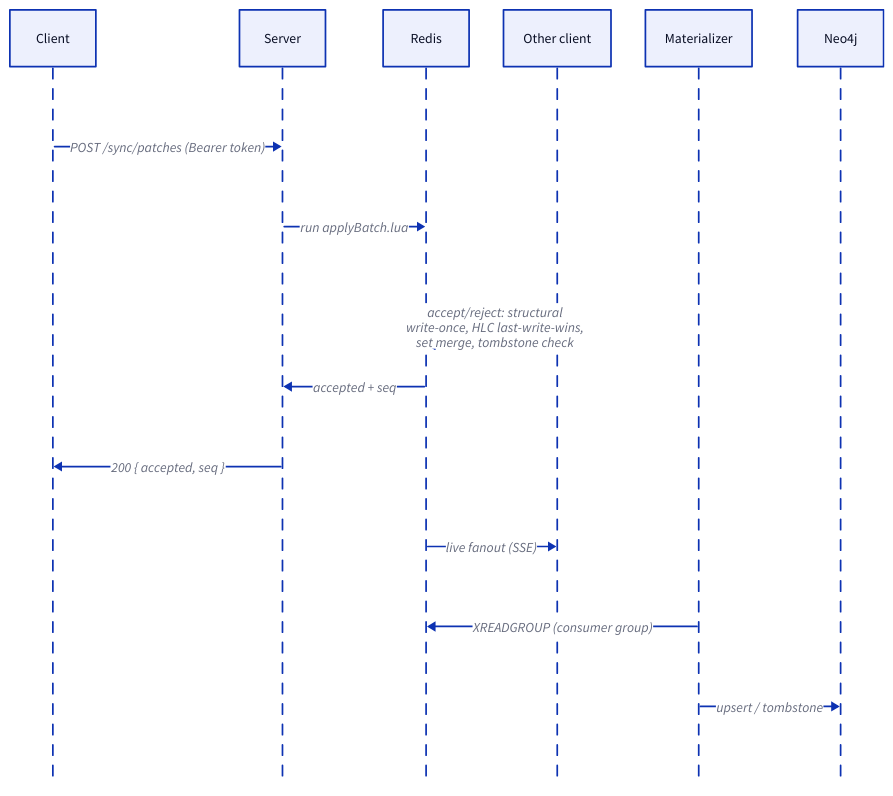
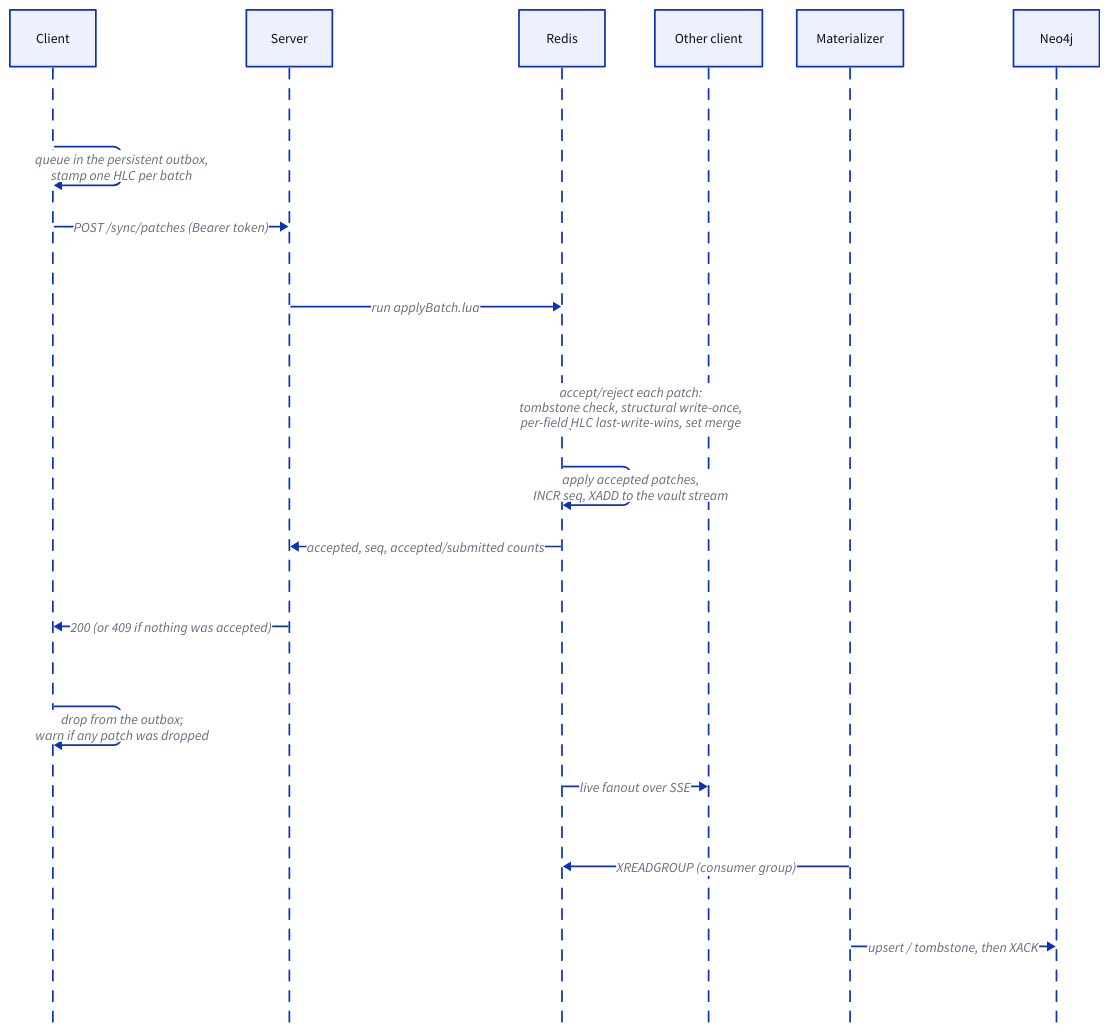
Before and after one commit to macsplit/datalet: the diagram in docs/diagrams/write-path.d2, drawn with D2. The commit also changed 20 other files, not shown here.

```diff
--- a/docs/diagrams/write-path.d2
+++ b/docs/diagrams/write-path.d2
@@ -1,10 +1,13 @@
 shape: sequence_diagram
 
+Client -> Client: "queue in the persistent outbox,\nstamp one HLC per batch"
 Client -> Server: "POST /sync/patches (Bearer token)"
 Server -> Redis: "run applyBatch.lua"
-Redis -> Redis: "accept/reject: structural\nwrite-once, HLC last-write-wins,\nset merge, tombstone check"
-Redis -> Server: "accepted + seq"
-Server -> Client: "200 { accepted, seq }"
-Redis -> "Other client": "live fanout (SSE)"
+Redis -> Redis: "accept/reject each patch:\ntombstone check, structural write-once,\nper-field HLC last-write-wins, set merge"
+Redis -> Redis: "apply accepted patches,\nINCR seq, XADD to the vault stream"
+Redis -> Server: "accepted, seq, accepted/submitted counts"
+Server -> Client: "200 (or 409 if nothing was accepted)"
+Client -> Client: "drop from the outbox;\nwarn if any patch was dropped"
+Redis -> "Other client": "live fanout over SSE"
 Materializer -> Redis: "XREADGROUP (consumer group)"
-Materializer -> Neo4j: "upsert / tombstone"
+Materializer -> Neo4j: "upsert / tombstone, then XACK"
```
